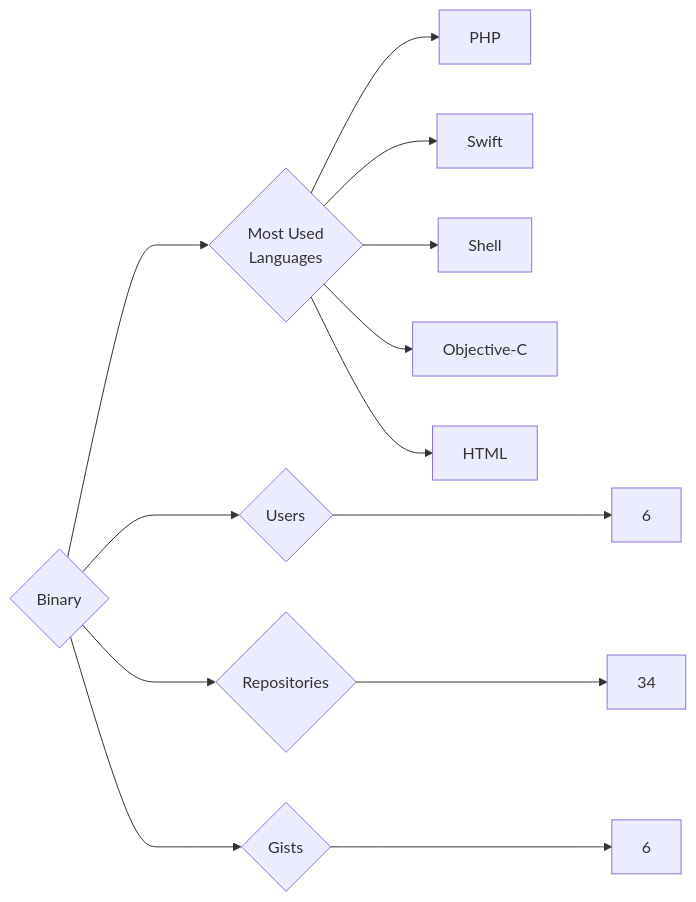
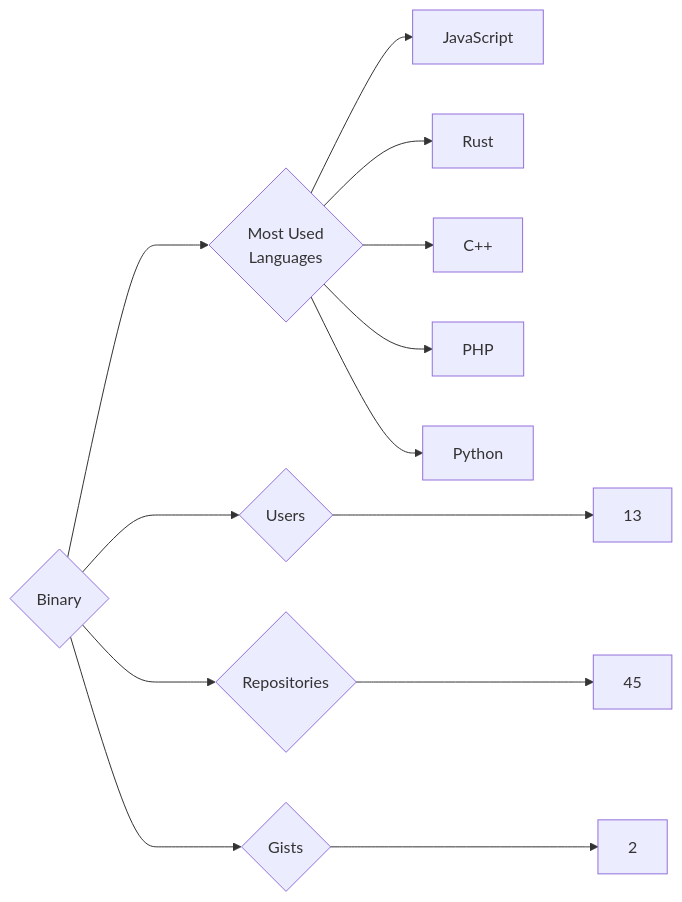
Before and after one commit to trickest/insiders: the diagram in targets/Binary/README.md, drawn with Mermaid. The commit also changed 932 other files, not shown here.

````diff
--- a/targets/Binary/README.md
+++ b/targets/Binary/README.md
@@ -3,13 +3,13 @@
 ```mermaid
 graph LR
 COMPANY_NAME{Binary}
-COMPANY_NAME ---> U{Users} ---> UN[6]
-COMPANY_NAME ---> R{Repositories} ---> RN[34]
-COMPANY_NAME ---> G{Gists} ---> GN[6]
+COMPANY_NAME ---> U{Users} ---> UN[13]
+COMPANY_NAME ---> R{Repositories} ---> RN[45]
+COMPANY_NAME ---> G{Gists} ---> GN[2]
 COMPANY_NAME ---> ML{Most Used<br>Languages}
+ML --> JavaScript[JavaScript]
+ML --> Rust[Rust]
+ML --> C++[C++]
 ML --> PHP[PHP]
-ML --> Swift[Swift]
-ML --> Shell[Shell]
-ML --> Objective-C[Objective-C]
-ML --> HTML[HTML]
+ML --> Python[Python]
 ```
````
